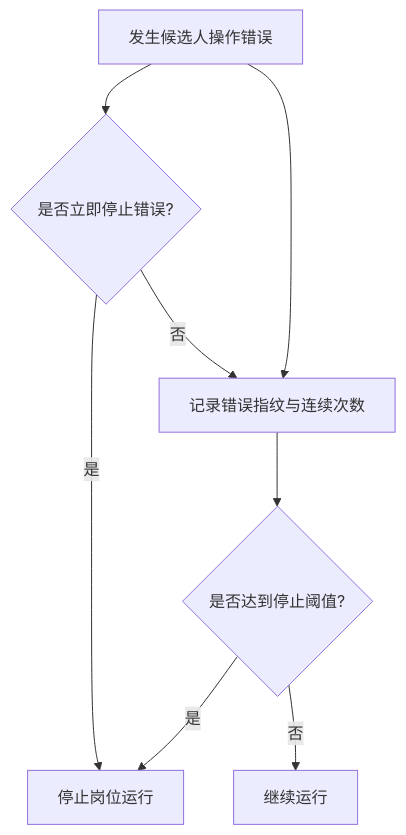
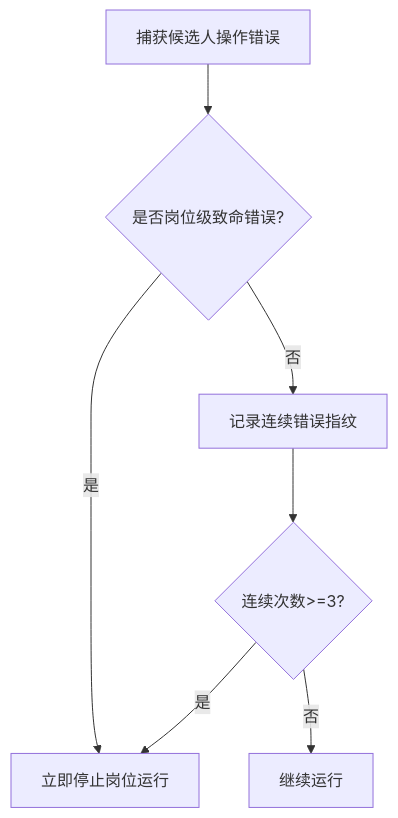
The ninth of 10 diagrams in .qoder/repowiki/zh/content/云端后端服务/岗位运行管理/岗位监控统计.md (alvinwangzi/goodhr), drawn with Mermaid before and after one commit. The commit also changed other lines of this file and 149 other files, not shown here.

````diff
--- a/.qoder/repowiki/zh/content/云端后端服务/岗位运行管理/岗位监控统计.md
+++ b/.qoder/repowiki/zh/content/云端后端服务/岗位运行管理/岗位监控统计.md
@@ -288,10 +301,9 @@
 ```mermaid
 flowchart TD
-EStart["发生候选人操作错误"] --> Track["记录错误指纹与连续次数"]
-Track --> Check{"是否达到停止阈值?"}
-Check -- 是 --> Stop["停止岗位运行"]
-Check -- 否 --> Continue["继续运行"]
-EStart --> Immediate{"是否立即停止错误?"}
-Immediate -- 是 --> Stop
-Immediate -- 否 --> Track
+Err["捕获候选人操作错误"] --> Classify{"是否岗位级致命错误?"}
+Classify --> |是| Stop["立即停止岗位运行"]
+Classify --> |否| Track["记录连续错误指纹"]
+Track --> Count{"连续次数>=3?"}
+Count --> |是| Stop
+Count --> |否| Continue["继续运行"]
 ```
````
